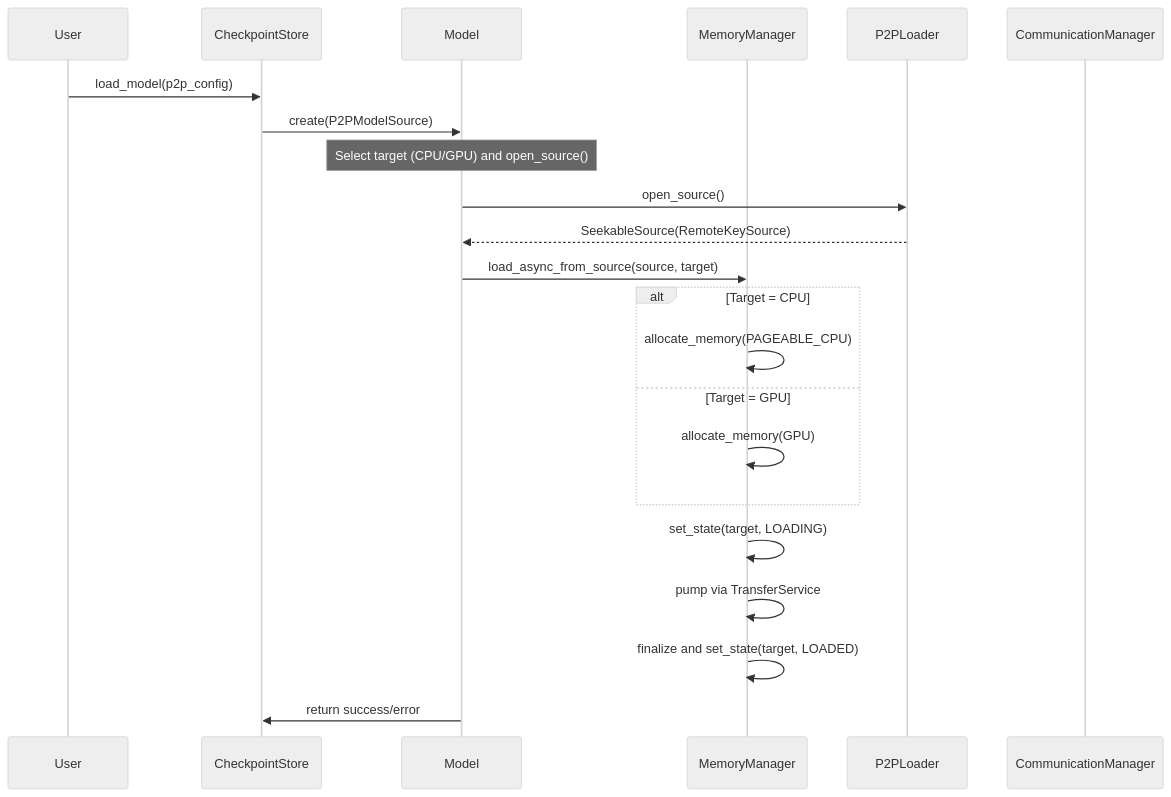
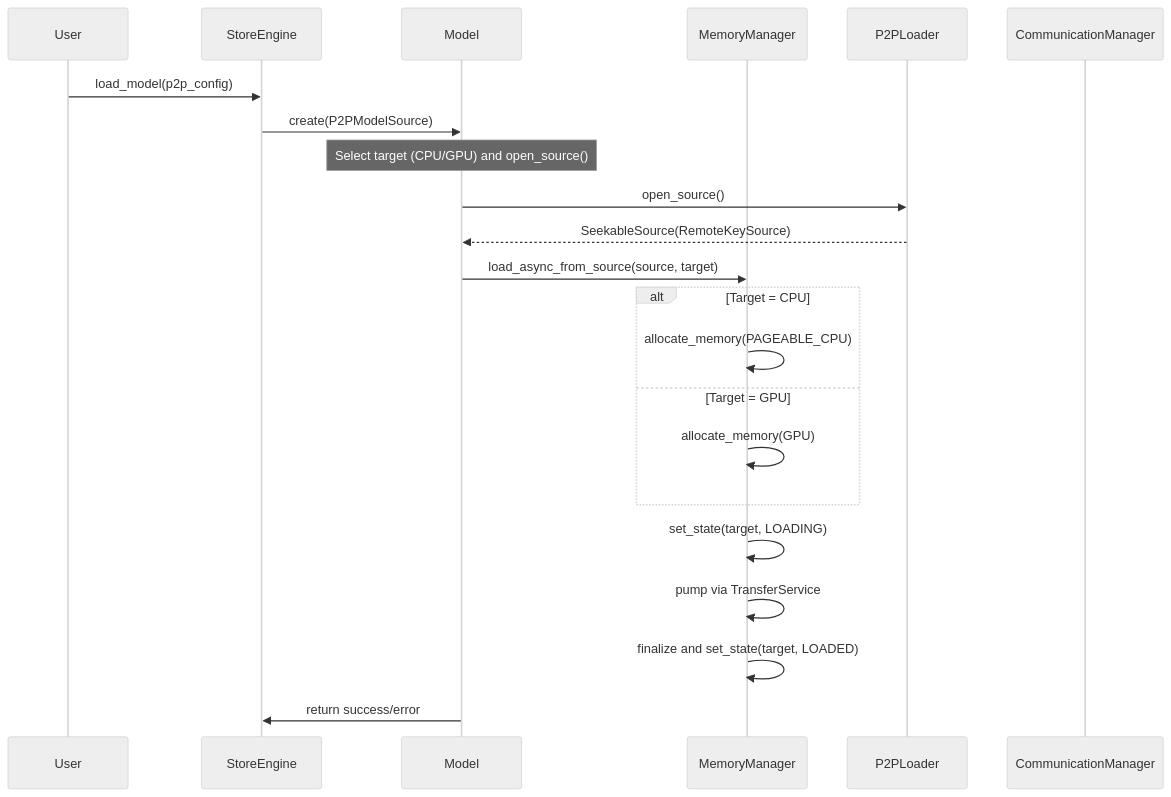
Before and after one commit to tensorcast-ai/tensorcast: diagram 12 of 13 in web-docs/docs/developer-guides/core/store/architecture.md, drawn with Mermaid (neutral theme). The commit also changed other lines of this file and 54 other files, not shown here.

Commit message:
refactor: rename CheckpointStore to StoreEngine

````diff
--- a/web-docs/docs/developer-guides/core/store/architecture.md
+++ b/web-docs/docs/developer-guides/core/store/architecture.md
@@ -522,29 +522,29 @@
 ```mermaid
 sequenceDiagram
     participant User
-    participant CS as CheckpointStore
+    participant CS as StoreEngine
     participant M as Model
     participant MM as MemoryManager
     participant RL as P2PLoader
     participant CM as CommunicationManager
 
     User->>CS: load_model(p2p_config)
     CS->>M: create(P2PModelSource)
 
     Note over M: Select target (CPU/GPU) and open_source()
     M->>RL: open_source()
     RL-->>M: SeekableSource(RemoteKeySource)
     M->>MM: load_async_from_source(source, target)
 
     alt Target = CPU
         MM->>MM: allocate_memory(PAGEABLE_CPU)
     else Target = GPU
         MM->>MM: allocate_memory(GPU)
     end
 
     MM->>MM: set_state(target, LOADING)
     MM->>MM: pump via TransferService
     MM->>MM: finalize and set_state(target, LOADED)
 
     M->>CS: return success/error
 ```
````
